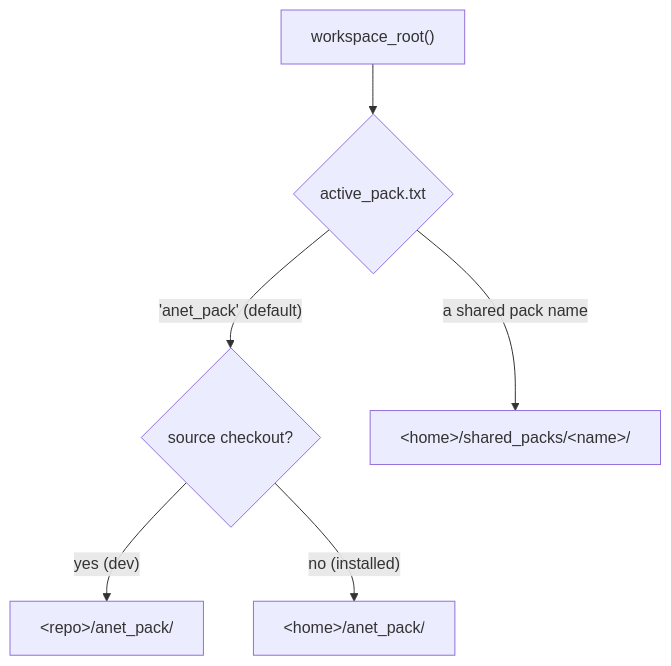
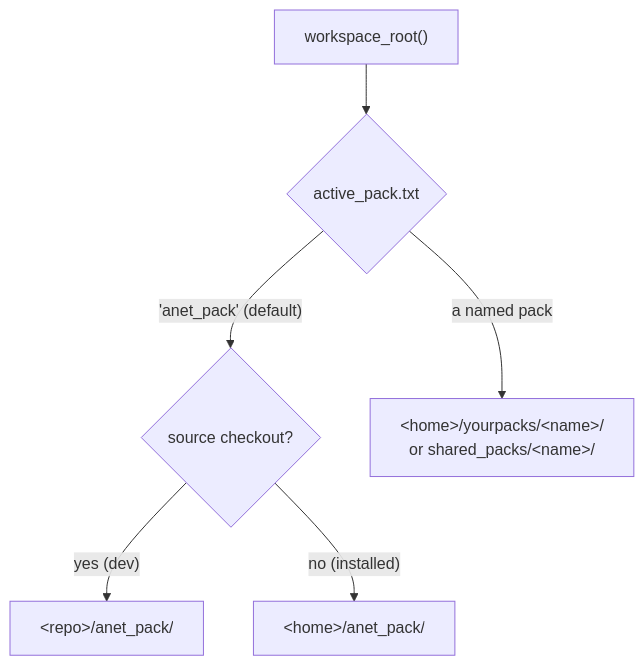
Before and after one commit to Arsh910/Anet: the fifth of 5 diagrams in architecture/README.md, drawn with Mermaid. The commit also changed other lines of this file and 4 other files, not shown here.

````diff
--- a/architecture/README.md
+++ b/architecture/README.md
@@ -189,8 +189,8 @@
 ```mermaid
 flowchart TD
     R["workspace_root()"] --> A{"active_pack.txt"}
     A -->|"'anet_pack' (default)"| D{"source checkout?"}
     D -->|"yes (dev)"| RP["&lt;repo&gt;/anet_pack/"]
     D -->|"no (installed)"| HP["&lt;home&gt;/anet_pack/"]
-    A -->|"a shared pack name"| SP["&lt;home&gt;/shared_packs/&lt;name&gt;/"]
+    A -->|"a named pack"| SP["&lt;home&gt;/yourpacks/&lt;name&gt;/<br/>or shared_packs/&lt;name&gt;/"]
 ```
````
